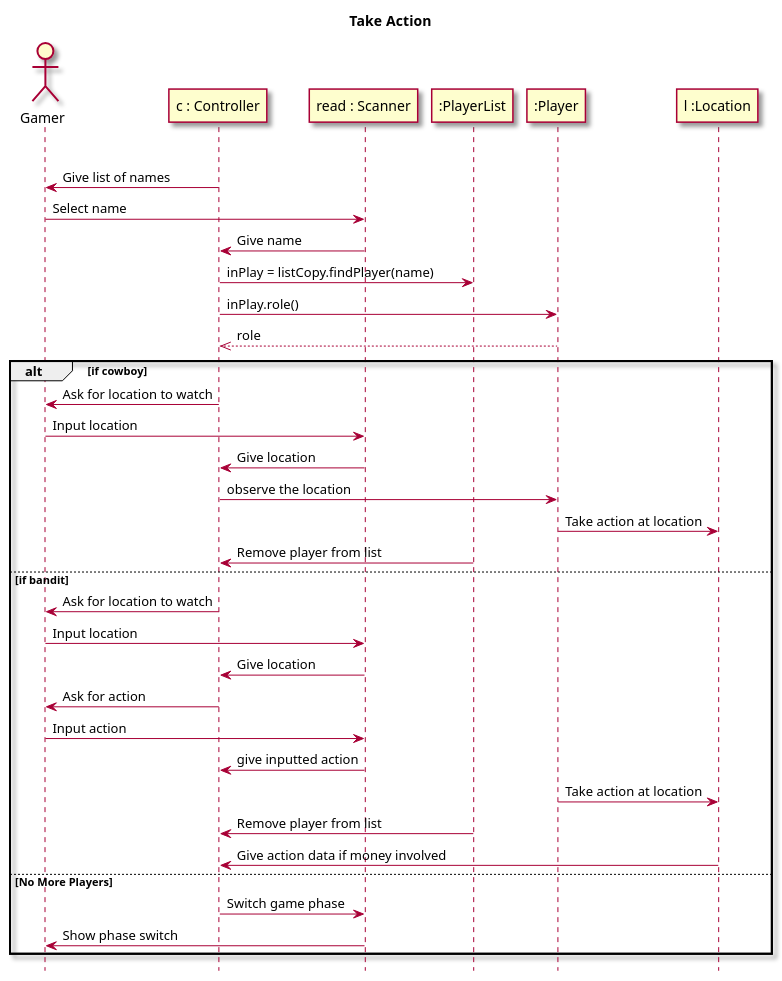
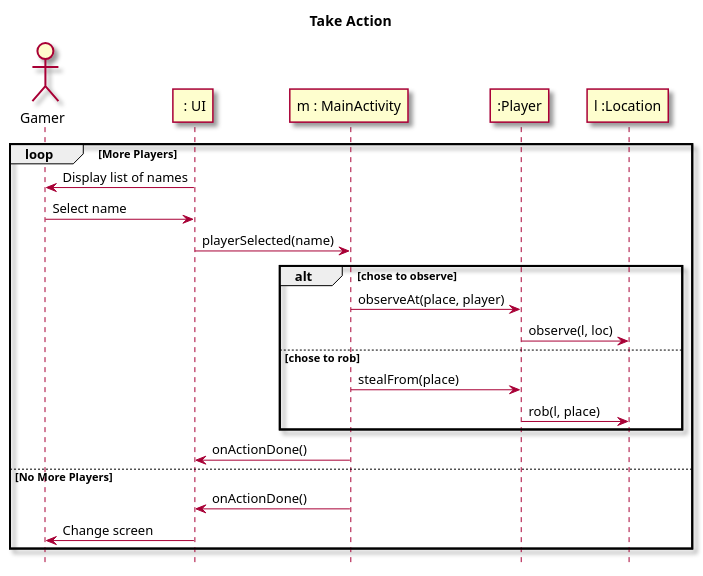
Before and after one commit to DeannaLC/AndroidProject: the second of 4 diagrams in intellij/doc/design.md, drawn with PlantUML. The commit also changed other lines of this file and 8 other files, not shown here.

Commit message:
Add Unit Tests and Update Sequence Diagrams

````diff
--- a/intellij/doc/design.md
+++ b/intellij/doc/design.md
@@ -36,45 +43,31 @@
 ```plantuml
 @startuml
 
 title Take Action
 hide footbox
 skin rose
 
 actor Gamer as gamer
-participant "c : Controller" as control
-participant "read : Scanner" as UI
-participant ":PlayerList" as players
+participant " : UI" as UI
+participant "m : MainActivity" as main
 participant ":Player" as player
 participant "l :Location" as loc
 
 
 loop More Players
-control -> gamer: Give list of names
+UI -> gamer: Display list of names
 gamer -> UI: Select name
-UI -> control : Give name
-control -> players: inPlay = listCopy.findPlayer(name)
-control -> player: inPlay.role()
-player -->> control: role
-alt if cowboy
-control -> gamer: Ask for location to watch
-gamer -> UI: Input location
-UI -> control: Give location
-control -> player: observe the location
-player -> loc: Take action at location
-players -> control: Remove player from list
-else if bandit
-control -> gamer: Ask for location to watch
-gamer -> UI: Input location
-UI -> control: Give location
-control -> gamer: Ask for action
-gamer -> UI: Input action
-UI -> control: give inputted action
-player -> loc: Take action at location
-players -> control: Remove player from list
-loc -> control: Give action data if money involved
-
+UI -> main : playerSelected(name)
+alt chose to observe
+main -> player : observeAt(place, player)
+player -> loc : observe(l, loc)
+else chose to rob
+main -> player : stealFrom(place)
+player -> loc : rob(l, place)
+end
+main -> UI : onActionDone()
 else No More Players
-control -> UI: Switch game phase
-UI -> gamer: Show phase switch
+main -> UI: onActionDone()
+UI -> gamer: Change screen
 end
 ```
````
